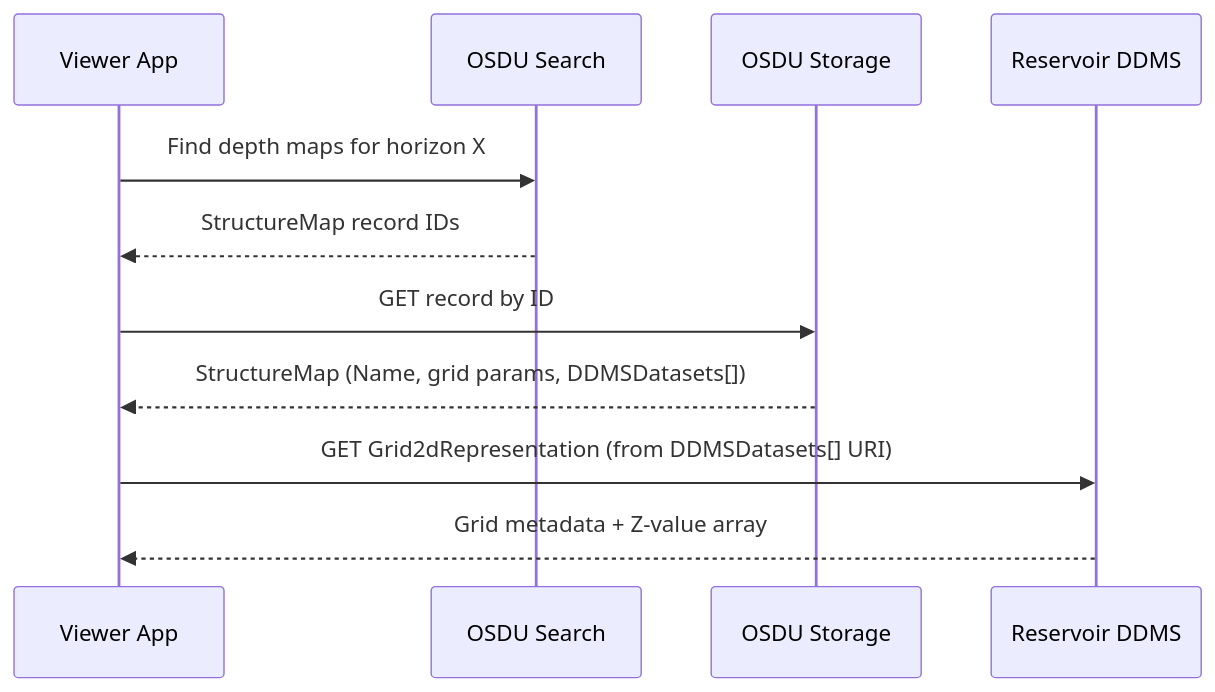
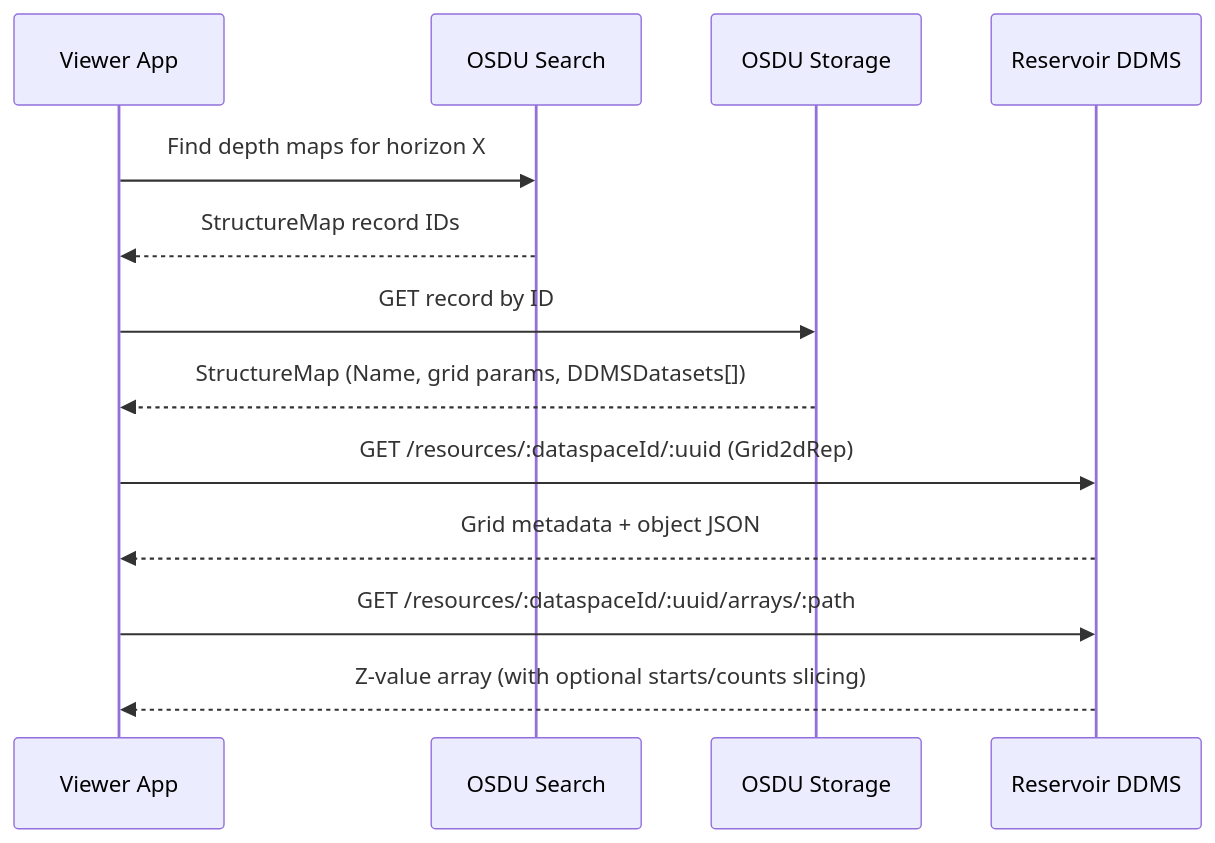
Before and after one commit to marcusapel/ores: the eighth of 8 diagrams in md/SeisInt.md, drawn with Mermaid. The commit also changed other lines of this file, not shown here.

First line of the commit message:
docs(SeisInt): add RDDMS REST endpoints, update RESQML 2.2 status

````diff
--- a/md/SeisInt.md
+++ b/md/SeisInt.md
@@ -560,14 +560,16 @@
 ```mermaid
 sequenceDiagram
     participant App as Viewer App
     participant Search as OSDU Search
     participant Storage as OSDU Storage
     participant RDDMS as Reservoir DDMS
 
     App->>Search: Find depth maps for horizon X
     Search-->>App: StructureMap record IDs
     App->>Storage: GET record by ID
     Storage-->>App: StructureMap (Name, grid params, DDMSDatasets[])
-    App->>RDDMS: GET Grid2dRepresentation (from DDMSDatasets[] URI)
-    RDDMS-->>App: Grid metadata + Z-value array
+    App->>RDDMS: GET /resources/:dataspaceId/:uuid (Grid2dRep)
+    RDDMS-->>App: Grid metadata + object JSON
+    App->>RDDMS: GET /resources/:dataspaceId/:uuid/arrays/:path
+    RDDMS-->>App: Z-value array (with optional starts/counts slicing)
 ```
````
